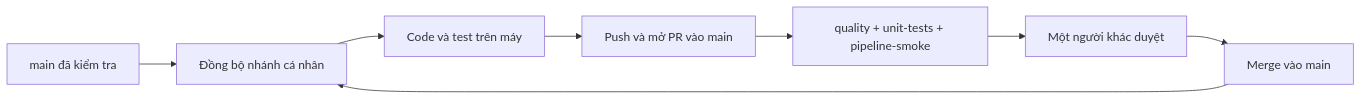
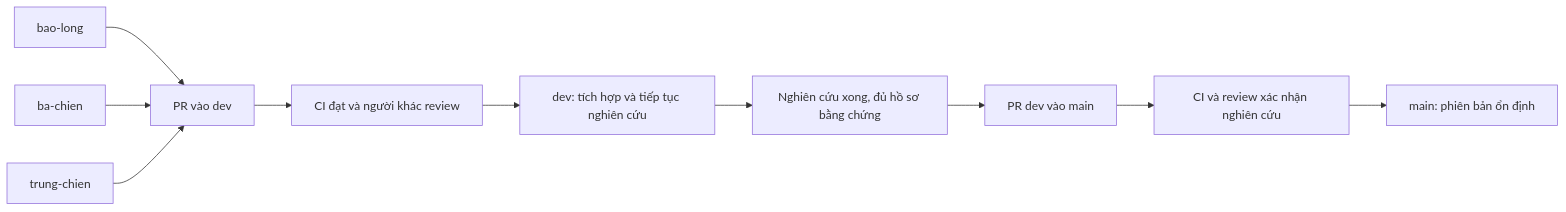
The second of 2 diagrams in README.md (baolong06/recommender_system), drawn with Mermaid before and after one commit. The commit also changed other lines of this file and 6 other files, not shown here.

````diff
--- a/README.md
+++ b/README.md
@@ -174,10 +180,12 @@
 ```mermaid
 flowchart LR
-    M[main đã kiểm tra] --> W[Đồng bộ nhánh cá nhân]
-    W --> C[Code và test trên máy]
-    C --> P[Push và mở PR vào main]
-    P --> Q[quality + unit-tests + pipeline-smoke]
-    Q --> R[Một người khác duyệt]
-    R --> N[Merge vào main]
-    N --> W
+    L[bao-long] --> D[PR vào dev]
+    B[ba-chien] --> D
+    T[trung-chien] --> D
+    D --> C[CI đạt và người khác review]
+    C --> V[dev: tích hợp và tiếp tục nghiên cứu]
+    V --> R[Nghiên cứu xong, đủ hồ sơ bằng chứng]
+    R --> P[PR dev vào main]
+    P --> G[CI và review xác nhận nghiên cứu]
+    G --> M[main: phiên bản ổn định]
 ```
````
